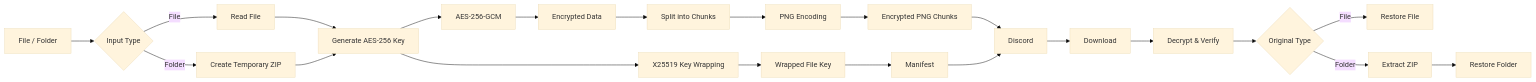
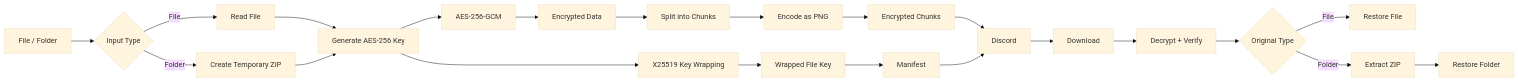
The first of 3 diagrams in README.md (DrunkTrader/discord-vault), drawn with Mermaid (base theme) before and after one commit. The commit also changed other lines of this file, not shown here.

`````diff
--- a/README.md
+++ b/README.md
@@ -13,33 +13,33 @@
 ```mermaid
 flowchart LR
     A[File / Folder] --> B{Input Type}
 
     B -->|File| C[Read File]
     B -->|Folder| D[Create Temporary ZIP]
 
     C --> E[Generate AES-256 Key]
     D --> E
 
     E --> F[AES-256-GCM]
     F --> G[Encrypted Data]
 
     G --> H[Split into Chunks]
-    H --> I[PNG Encoding]
+    H --> I[Encode as PNG]
 
     E --> J[X25519 Key Wrapping]
     J --> K[Wrapped File Key]
 
-    I --> L[Encrypted PNG Chunks]
+    I --> L[Encrypted Chunks]
     K --> M[Manifest]
 
     L --> N[Discord]
     M --> N
 
     N --> O[Download]
-    O --> P[Decrypt & Verify]
+    O --> P[Decrypt + Verify]
+
     P --> Q{Original Type}
-
     Q -->|File| R[Restore File]
     Q -->|Folder| S[Extract ZIP]
     S --> T[Restore Folder]
 ````
`````
